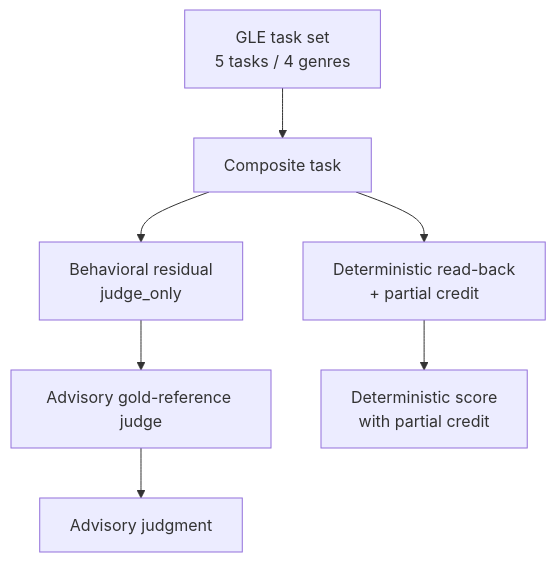
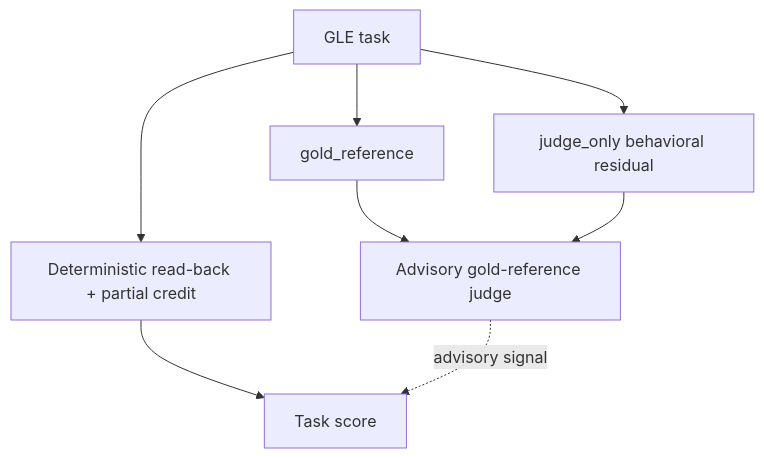
One commit to hybridindie/wiki-fabric changed the diagram in wiki/topics/gle-task-set.md. Above: the diagram before and after it, drawn with Mermaid. The commit also changed other lines of this file and 43 other files, not shown here.

````diff
--- a/wiki/topics/gle-task-set.md
+++ b/wiki/topics/gle-task-set.md
@@ -36,9 +33,10 @@
 ```mermaid
 flowchart TD
-    A[GLE task set<br/>5 tasks / 4 genres] --> B[Composite task]
-    B --> C[Deterministic read-back<br/>+ partial credit]
-    B --> D[Behavioral residual<br/>judge_only]
-    D --> E[Advisory gold-reference judge]
-    C --> F[Deterministic score<br/>with partial credit]
-    E --> G[Advisory judgment]
+    T[GLE task] --> G[gold_reference]
+    T --> R[judge_only behavioral residual]
+    T --> D[Deterministic read-back + partial credit]
+    G --> J[Advisory gold-reference judge]
+    R --> J
+    D --> S[Task score]
+    J -.advisory signal.-> S
 ```
````
